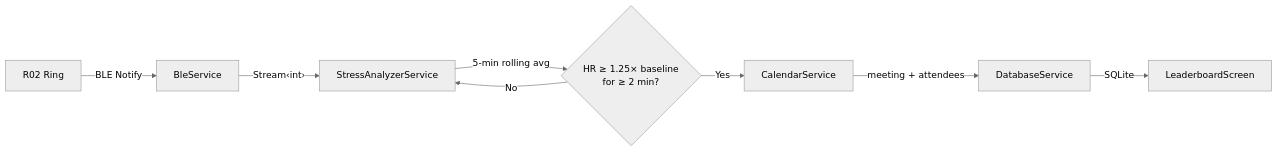
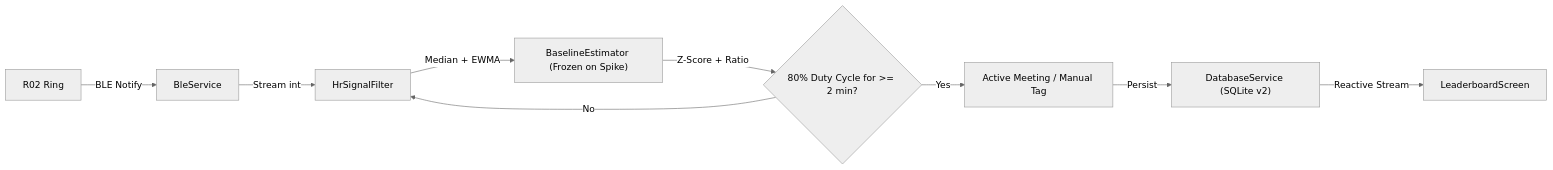
Before and after one commit to Sujaya-Nimneth/SPIKE: the diagram in README.md, drawn with Mermaid (neutral theme). The commit also changed other lines of this file, not shown here.

Commit message:
docs: update README for Stress Detection v2 and manual coworker tagging

````diff
--- a/README.md
+++ b/README.md
@@ -87,10 +89,11 @@
 ```mermaid
 graph LR
-    A[R02 Ring] -->|BLE Notify| B[BleService]
-    B -->|Stream‹int›| C[StressAnalyzerService]
-    C -->|5-min rolling avg| D{HR ≥ 1.25× baseline<br/>for ≥ 2 min?}
-    D -->|Yes| E[CalendarService]
-    E -->|meeting + attendees| F[DatabaseService]
-    F -->|SQLite| G[LeaderboardScreen]
-    D -->|No| C
+    A["R02 Ring"] -->|BLE Notify| B["BleService"]
+    B -->|Stream int| C["HrSignalFilter"]
+    C -->|Median + EWMA| D["BaselineEstimator (Frozen on Spike)"]
+    D -->|Z-Score + Ratio| E{"80% Duty Cycle for >= 2 min?"}
+    E -->|Yes| F["Active Meeting / Manual Tag"]
+    F -->|Persist| G["DatabaseService (SQLite v2)"]
+    G -->|Reactive Stream| H["LeaderboardScreen"]
+    E -->|No| C
 ```
````
